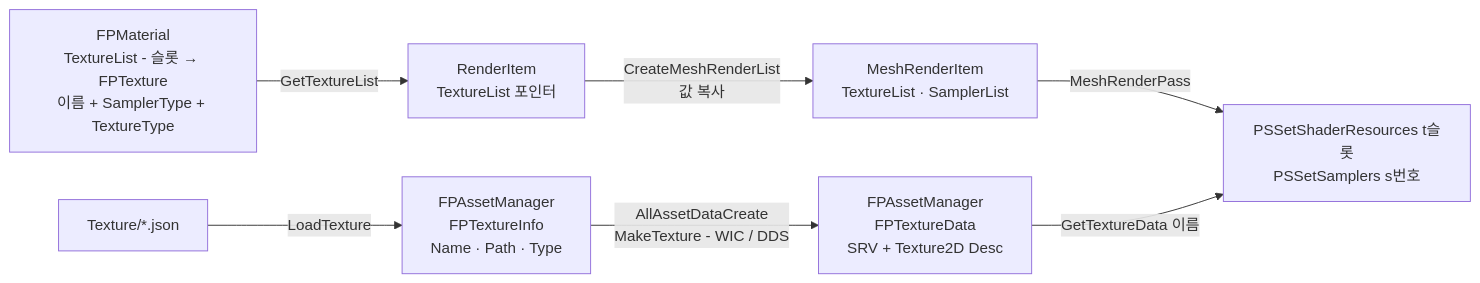
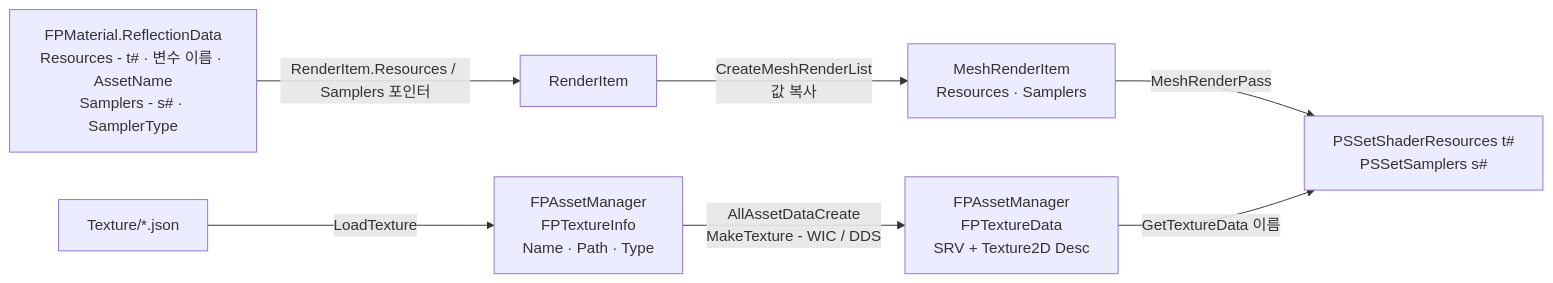
Diagram 11 of 16 in README.md (Gat-Young/ForestPearlEngine), drawn with Mermaid before and after one commit. The commit also changed other lines of this file and 57 other files, not shown here.

Commit message:
:t-rex: : Shader Reflection, Update READM.md

````diff
--- a/README.md
+++ b/README.md
@@ -1128,9 +1125,9 @@
 ```mermaid
 flowchart LR
     J["Texture/*.json"] -->|"LoadTexture"| TI["FPAssetManager<br/>FPTextureInfo<br/>Name · Path · Type"]
     TI -->|"AllAssetDataCreate<br/>MakeTexture - WIC / DDS"| AM["FPAssetManager<br/>FPTextureData<br/>SRV + Texture2D Desc"]
-    MAT["FPMaterial<br/>TextureList - 슬롯 → FPTexture<br/>이름 + SamplerType + TextureType"] -->|"GetTextureList"| RI["RenderItem<br/>TextureList 포인터"]
-    RI -->|"CreateMeshRenderList<br/>값 복사"| RL["MeshRenderItem<br/>TextureList · SamplerList"]
-    RL -->|"MeshRenderPass"| PS["PSSetShaderResources t슬롯<br/>PSSetSamplers s번호"]
+    MAT["FPMaterial.ReflectionData<br/>Resources - t# · 변수 이름 · AssetName<br/>Samplers - s# · SamplerType"] -->|"RenderItem.Resources / Samplers 포인터"| RI["RenderItem"]
+    RI -->|"CreateMeshRenderList<br/>값 복사"| RL["MeshRenderItem<br/>Resources · Samplers"]
+    RL -->|"MeshRenderPass"| PS["PSSetShaderResources t#<br/>PSSetSamplers s#"]
     AM -->|"GetTextureData 이름"| PS
 ```
````
